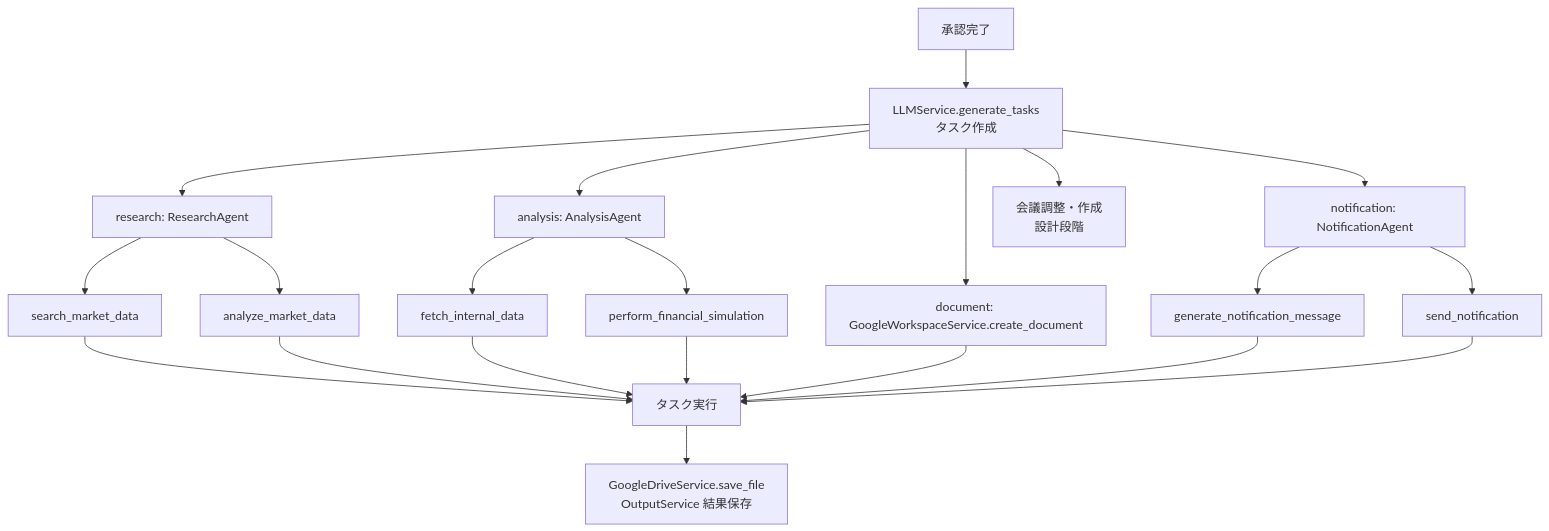
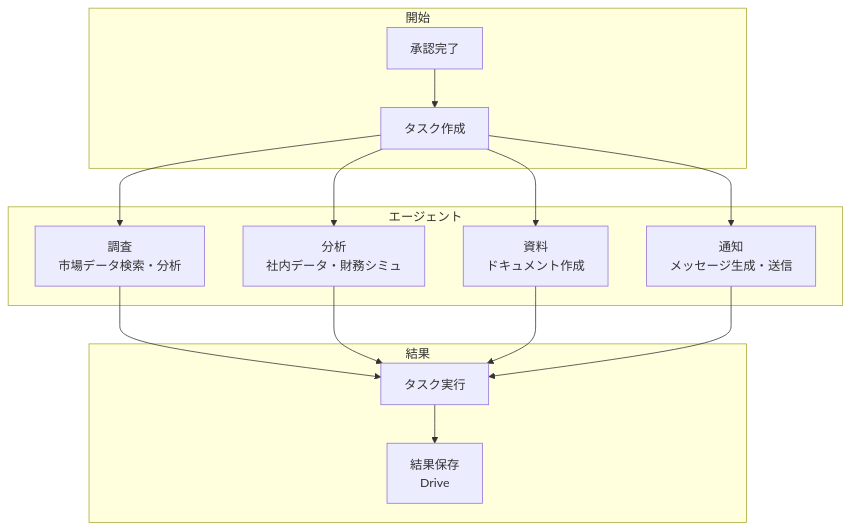
The fifth of 7 diagrams in docs/ZENN記事_v04.md (killertcell428/Helm), drawn with Mermaid before and after one commit. The commit also changed other lines of this file and 12 other files, not shown here.

````diff
--- a/docs/ZENN記事_v04.md
+++ b/docs/ZENN記事_v04.md
@@ -293,23 +335,27 @@
 ```mermaid
 flowchart TD
-    A[承認完了] --> B[LLMService.generate_tasks<br/>タスク作成]
-    B --> C[research: ResearchAgent]
-    B --> D[analysis: AnalysisAgent]
-    B --> E[document: GoogleWorkspaceService.create_document]
-    B --> F[notification: NotificationAgent]
-    B --> G[会議調整・作成<br/>設計段階]
-    C --> C1[search_market_data]
-    C --> C2[analyze_market_data]
-    D --> D1[fetch_internal_data]
-    D --> D2[perform_financial_simulation]
-    F --> F1[generate_notification_message]
-    F --> F2[send_notification]
-    C1 --> H[タスク実行]
-    C2 --> H
-    D1 --> H
-    D2 --> H
+    subgraph START["開始"]
+        A[承認完了]
+        B[タスク作成]
+    end
+
+    subgraph AGENTS["エージェント"]
+        C[調査<br/>市場データ検索・分析]
+        D[分析<br/>社内データ・財務シミュ]
+        E[資料<br/>ドキュメント作成]
+        F[通知<br/>メッセージ生成・送信]
+    end
+
+    subgraph END["結果"]
+        H[タスク実行]
+        I[結果保存<br/>Drive]
+    end
+
+    A --> B
+    B --> C & D & E & F
+    C --> H
+    D --> H
     E --> H
-    F1 --> H
-    F2 --> H
-    H --> I[GoogleDriveService.save_file<br/>OutputService 結果保存]
+    F --> H
+    H --> I
 ```
````
